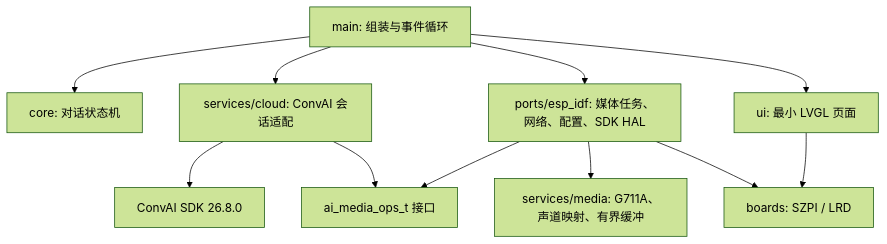
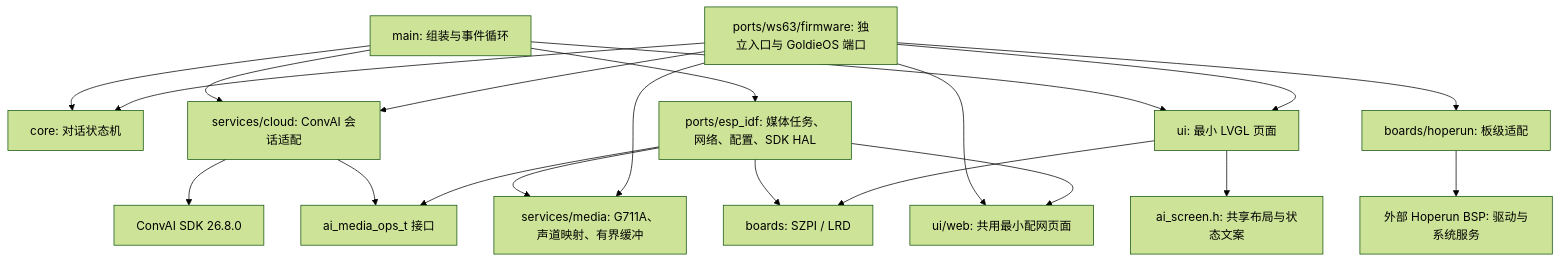
One commit to dbwu/ai-hardware-agent-examples changed the diagram in README.md. Above: the diagram before and after it, drawn with Mermaid (forest theme). The commit also changed other lines of this file and 71 other files, not shown here.

````diff
--- a/README.md
+++ b/README.md
@@ -21,13 +23,22 @@
 ```mermaid
 flowchart TD
     Main[main: 组装与事件循环] --> Core[core: 对话状态机]
     Main --> Cloud[services/cloud: ConvAI 会话适配]
     Main --> Port[ports/esp_idf: 媒体任务、网络、配置、SDK HAL]
     Main --> UI[ui: 最小 LVGL 页面]
     Cloud --> SDK[ConvAI SDK 26.8.0]
     Cloud --> MediaOps[ai_media_ops_t 接口]
     Port --> MediaOps
     Port --> Media[services/media: G711A、声道映射、有界缓冲]
     Port --> Board[boards: SZPI / LRD]
     UI --> Board
+    WS[ports/ws63/firmware: 独立入口与 GoldieOS 端口] --> Core
+    WS --> Cloud
+    WS --> Media
+    WS --> HB[boards/hoperun: 板级适配]
+    HB --> BSP[外部 Hoperun BSP: 驱动与系统服务]
+    UI --> Screen[ai_screen.h: 共享布局与状态文案]
+    WS --> UI
+    WS --> Web[ui/web: 共用最小配网页面]
+    Port --> Web
 ```
````
